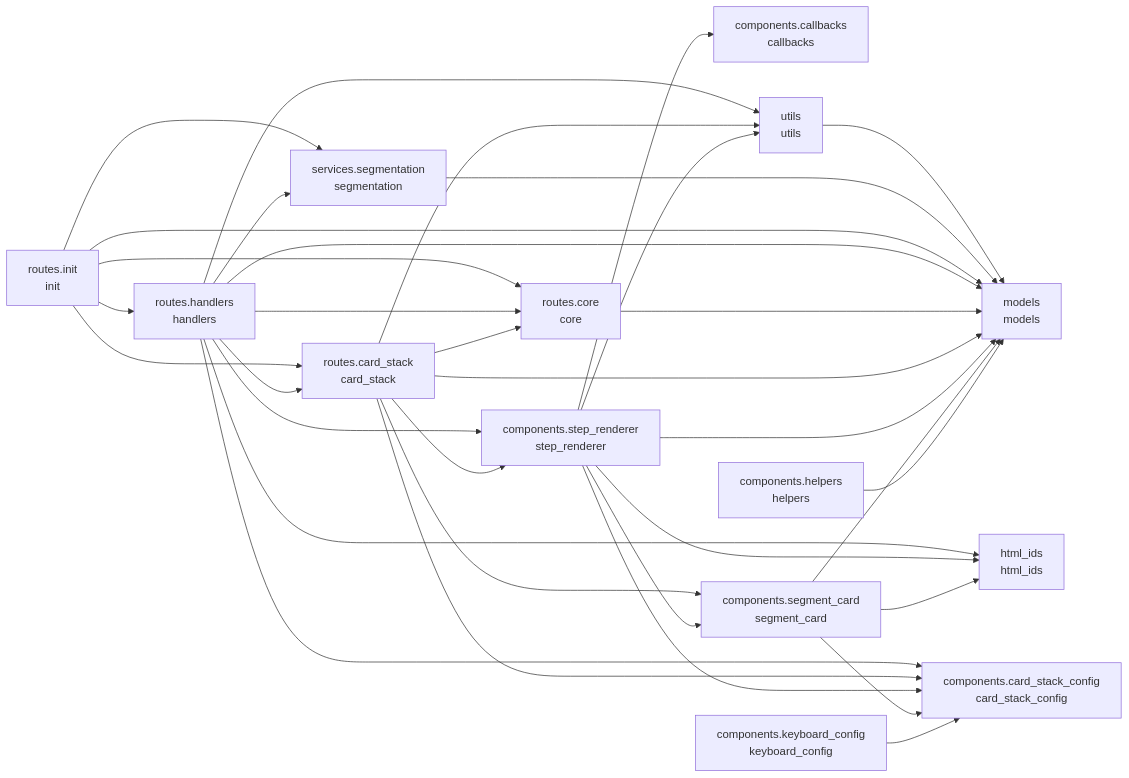
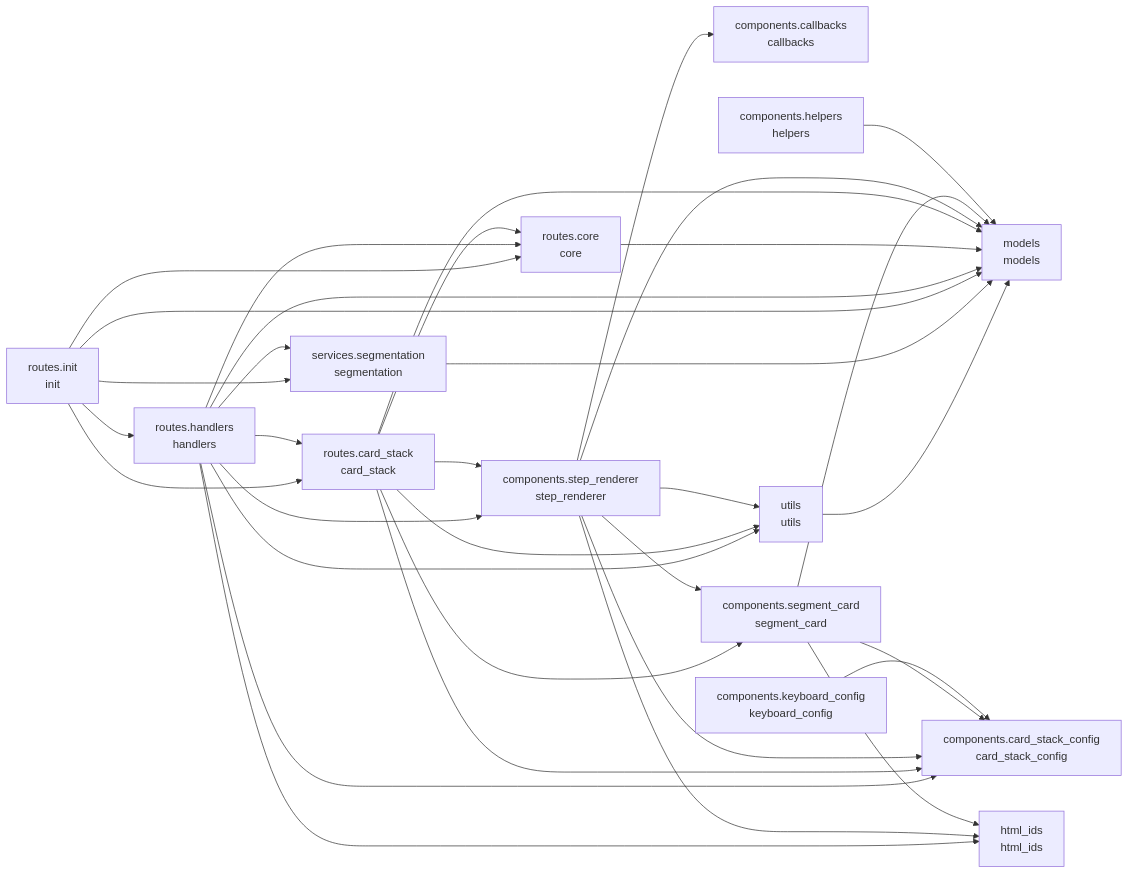
The diagram in README.md (cj-mills/cjm-transcript-segmentation), drawn with Mermaid before and after one commit. The commit also changed other lines of this file and 4 other files, not shown here.

````diff
--- a/README.md
+++ b/README.md
@@ -37,51 +37,51 @@
 ``` mermaid
 graph LR
     components_callbacks[components.callbacks<br/>callbacks]
     components_card_stack_config[components.card_stack_config<br/>card_stack_config]
     components_helpers[components.helpers<br/>helpers]
     components_keyboard_config[components.keyboard_config<br/>keyboard_config]
     components_segment_card[components.segment_card<br/>segment_card]
     components_step_renderer[components.step_renderer<br/>step_renderer]
     html_ids[html_ids<br/>html_ids]
     models[models<br/>models]
     routes_card_stack[routes.card_stack<br/>card_stack]
     routes_core[routes.core<br/>core]
     routes_handlers[routes.handlers<br/>handlers]
     routes_init[routes.init<br/>init]
     services_segmentation[services.segmentation<br/>segmentation]
     utils[utils<br/>utils]
 
     components_helpers --> models
     components_keyboard_config --> components_card_stack_config
-    components_segment_card --> models
     components_segment_card --> html_ids
     components_segment_card --> components_card_stack_config
+    components_segment_card --> models
+    components_step_renderer --> components_card_stack_config
+    components_step_renderer --> html_ids
+    components_step_renderer --> utils
     components_step_renderer --> models
-    components_step_renderer --> utils
     components_step_renderer --> components_callbacks
-    components_step_renderer --> html_ids
-    components_step_renderer --> components_card_stack_config
     components_step_renderer --> components_segment_card
-    routes_card_stack --> utils
+    routes_card_stack --> components_card_stack_config
     routes_card_stack --> routes_core
-    routes_card_stack --> components_card_stack_config
     routes_card_stack --> models
     routes_card_stack --> components_step_renderer
+    routes_card_stack --> utils
     routes_card_stack --> components_segment_card
     routes_core --> models
+    routes_handlers --> services_segmentation
+    routes_handlers --> components_card_stack_config
+    routes_handlers --> html_ids
+    routes_handlers --> routes_core
+    routes_handlers --> routes_card_stack
+    routes_handlers --> utils
     routes_handlers --> models
-    routes_handlers --> routes_core
-    routes_handlers --> utils
-    routes_handlers --> html_ids
-    routes_handlers --> services_segmentation
     routes_handlers --> components_step_renderer
-    routes_handlers --> routes_card_stack
-    routes_handlers --> components_card_stack_config
+    routes_init --> services_segmentation
+    routes_init --> routes_handlers
     routes_init --> routes_core
-    routes_init --> routes_handlers
     routes_init --> models
     routes_init --> routes_card_stack
-    routes_init --> services_segmentation
     services_segmentation --> models
     utils --> models
 ```
````
